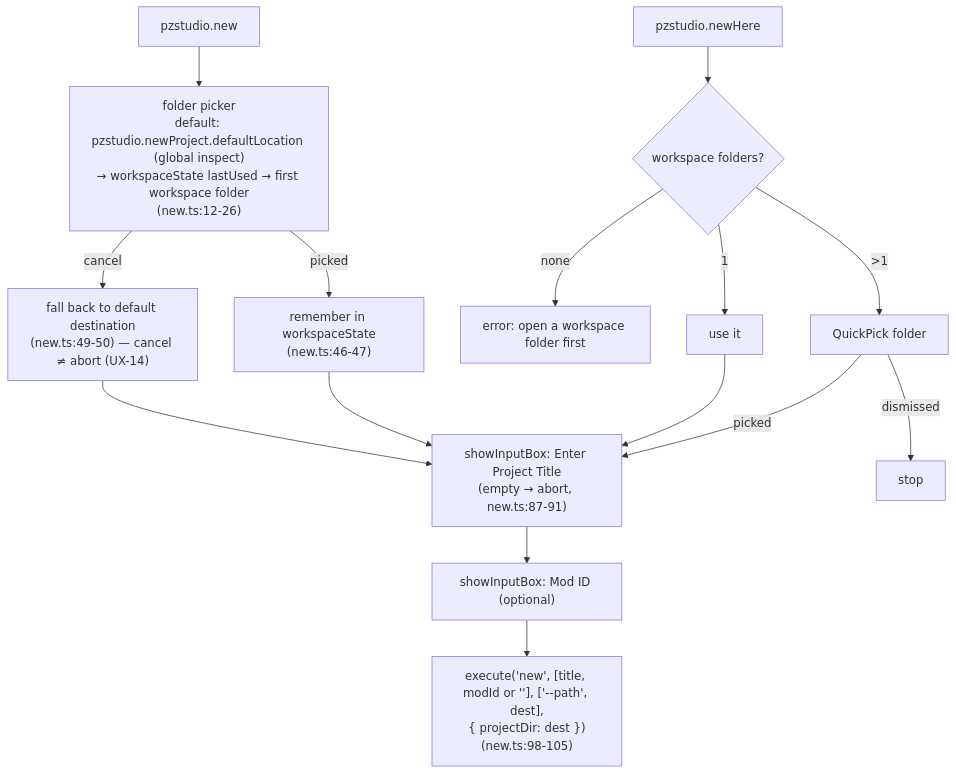
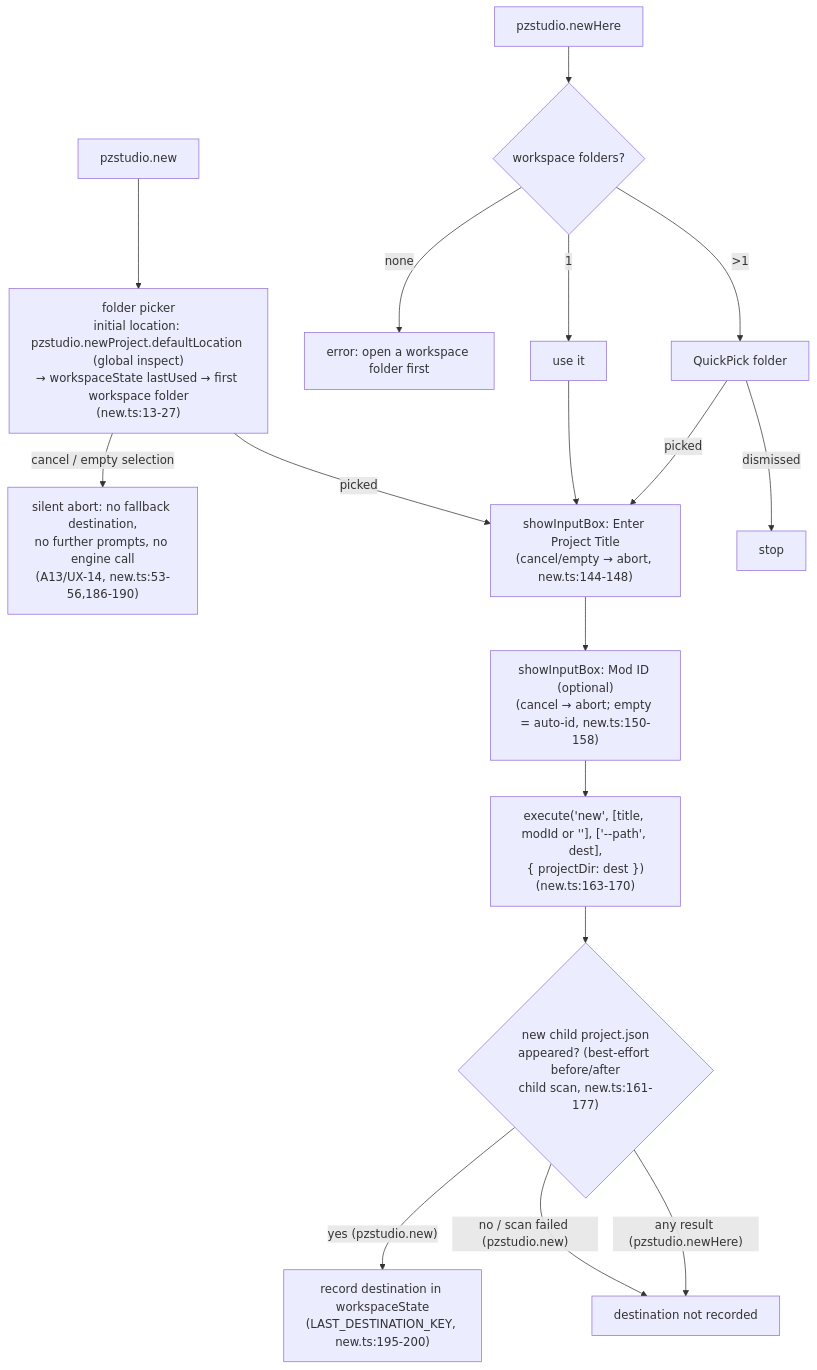
One commit to escapepz/pzstudio changed the second of 3 diagrams in docs/vscode-extension/04-command-flows.md. Above: the diagram before and after it, drawn with Mermaid. The commit also changed other lines of this file and 55 other files, not shown here.

````diff
--- a/docs/vscode-extension/04-command-flows.md
+++ b/docs/vscode-extension/04-command-flows.md
@@ -51,16 +68,19 @@
 ```mermaid
 flowchart TD
-    N["pzstudio.new"] --> DEST["folder picker<br/>default: pzstudio.newProject.defaultLocation (global inspect)<br/>→ workspaceState lastUsed → first workspace folder<br/>(new.ts:12-26)"]
-    DEST -- "cancel" --> FB["fall back to default destination<br/>(new.ts:49-50) — cancel ≠ abort (UX-14)"]
-    FB --> TITLE
-    DEST -- picked --> MEM["remember in workspaceState<br/>(new.ts:46-47)"] --> TITLE
-    TITLE["showInputBox: Enter Project Title<br/>(empty → abort, new.ts:87-91)"] --> MODID["showInputBox: Mod ID (optional)"]
-    MODID --> EXEC["execute('new', [title, modId or ''], ['--path', dest],<br/>{ projectDir: dest })<br/>(new.ts:98-105)"]
+    N["pzstudio.new"] --> DEST["folder picker<br/>initial location: pzstudio.newProject.defaultLocation (global inspect)<br/>→ workspaceState lastUsed → first workspace folder<br/>(new.ts:13-27)"]
+    DEST -- "cancel / empty selection" --> ABORT["silent abort: no fallback destination,<br/>no further prompts, no engine call<br/>(A13/UX-14, new.ts:53-56,186-190)"]
+    DEST -- picked --> TITLE
+    TITLE["showInputBox: Enter Project Title<br/>(cancel/empty → abort, new.ts:144-148)"] --> MODID["showInputBox: Mod ID (optional)<br/>(cancel → abort; empty = auto-id, new.ts:150-158)"]
+    MODID --> EXEC["execute('new', [title, modId or ''], ['--path', dest],<br/>{ projectDir: dest })<br/>(new.ts:163-170)"]
+    EXEC --> SCAN{"new child project.json<br/>appeared? (best-effort before/after<br/>child scan, new.ts:161-177)"}
+    SCAN -- "yes (pzstudio.new)" --> MEM["record destination in workspaceState<br/>(LAST_DESTINATION_KEY, new.ts:195-200)"]
+    SCAN -- "no / scan failed (pzstudio.new)" --> NOM["destination not recorded"]
+    SCAN -- "any result (pzstudio.newHere)" --> NOM
     H["pzstudio.newHere"] --> WS{"workspace folders?"}
     WS -- none --> ERR["error: open a workspace folder first"]
     WS -- 1 --> USE["use it"]
     WS -- ">1" --> QP["QuickPick folder"]
     USE --> TITLE
     QP -- dismissed --> STOP["stop"]
     QP -- picked --> TITLE
 ```
````
